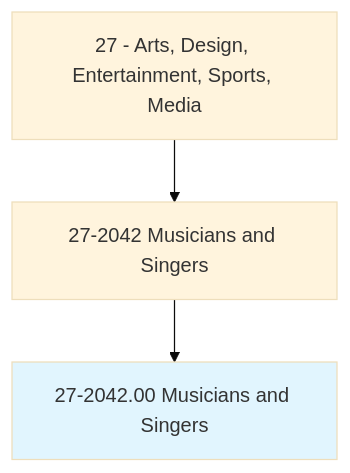
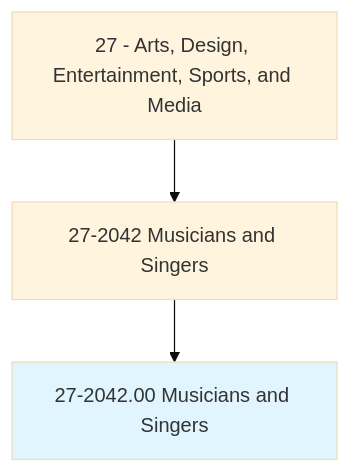
Before and after one commit to kziemski/business.org.ai: the first of 4 diagrams in occupations/ArtsMedia/MusiciansAndSingers.mdx, drawn with Mermaid (base theme). The commit also changed other lines of this file and 938 other files, not shown here.

````diff
--- a/occupations/ArtsMedia/MusiciansAndSingers.mdx
+++ b/occupations/ArtsMedia/MusiciansAndSingers.mdx
@@ -19,6 +23,6 @@
 ```mermaid
 graph TD
-    Cat27["27 - Arts, Design, Entertainment, Sports, Media"] --> Group272042["27-2042 Musicians and Singers"]
+    Cat27["27 - Arts, Design, Entertainment, Sports, and Media"] --> Group272042["27-2042 Musicians and Singers"]
     Group272042 --> Current["27-2042.00 Musicians and Singers"]
     style Current fill:#e1f5fe
 ```
````
